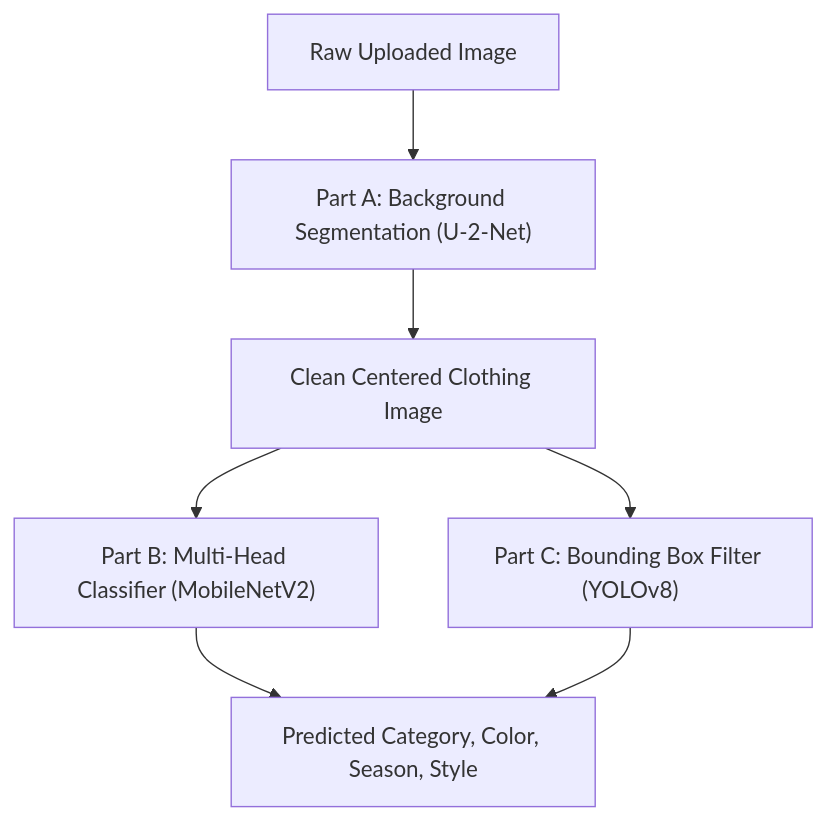
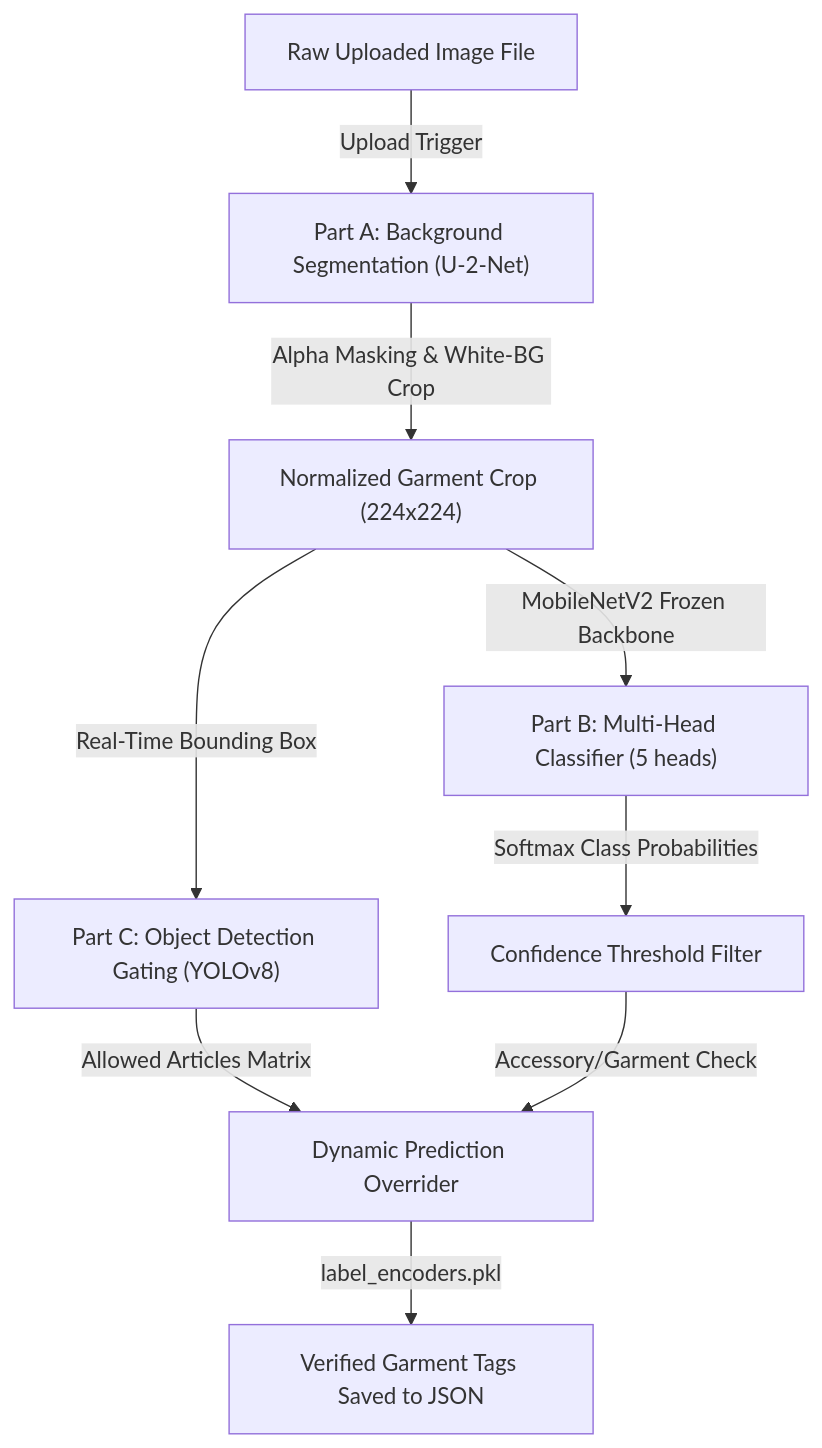
One commit to MariamAhmad479/EntaNazelKeda changed the diagram in presentation_guide.md. Above: the diagram before and after it, drawn with Mermaid. The commit also changed other lines of this file and 8 other files, not shown here.

````diff
--- a/presentation_guide.md
+++ b/presentation_guide.md
@@ -35,9 +56,11 @@
 ```mermaid
 graph TD
-    A["Raw Uploaded Image"] --> B["Part A: Background Segmentation (U-2-Net)"]
-    B --> C["Clean Centered Clothing Image"]
-    C --> D["Part B: Multi-Head Classifier (MobileNetV2)"]
-    C --> E["Part C: Bounding Box Filter (YOLOv8)"]
-    D --> F["Predicted Category, Color, Season, Style"]
-    E --> F
+    A["Raw Uploaded Image File"] -->|Upload Trigger| B["Part A: Background Segmentation (U-2-Net)"]
+    B -->|Alpha Masking & White-BG Crop| C["Normalized Garment Crop (224x224)"]
+    C -->|MobileNetV2 Frozen Backbone| D["Part B: Multi-Head Classifier (5 heads)"]
+    C -->|Real-Time Bounding Box| E["Part C: Object Detection Gating (YOLOv8)"]
+    D -->|Softmax Class Probabilities| F["Confidence Threshold Filter"]
+    E -->|Allowed Articles Matrix| G["Dynamic Prediction Overrider"]
+    F -->|Accessory/Garment Check| G
+    G -->|label_encoders.pkl| H["Verified Garment Tags Saved to JSON"]
 ```
````
